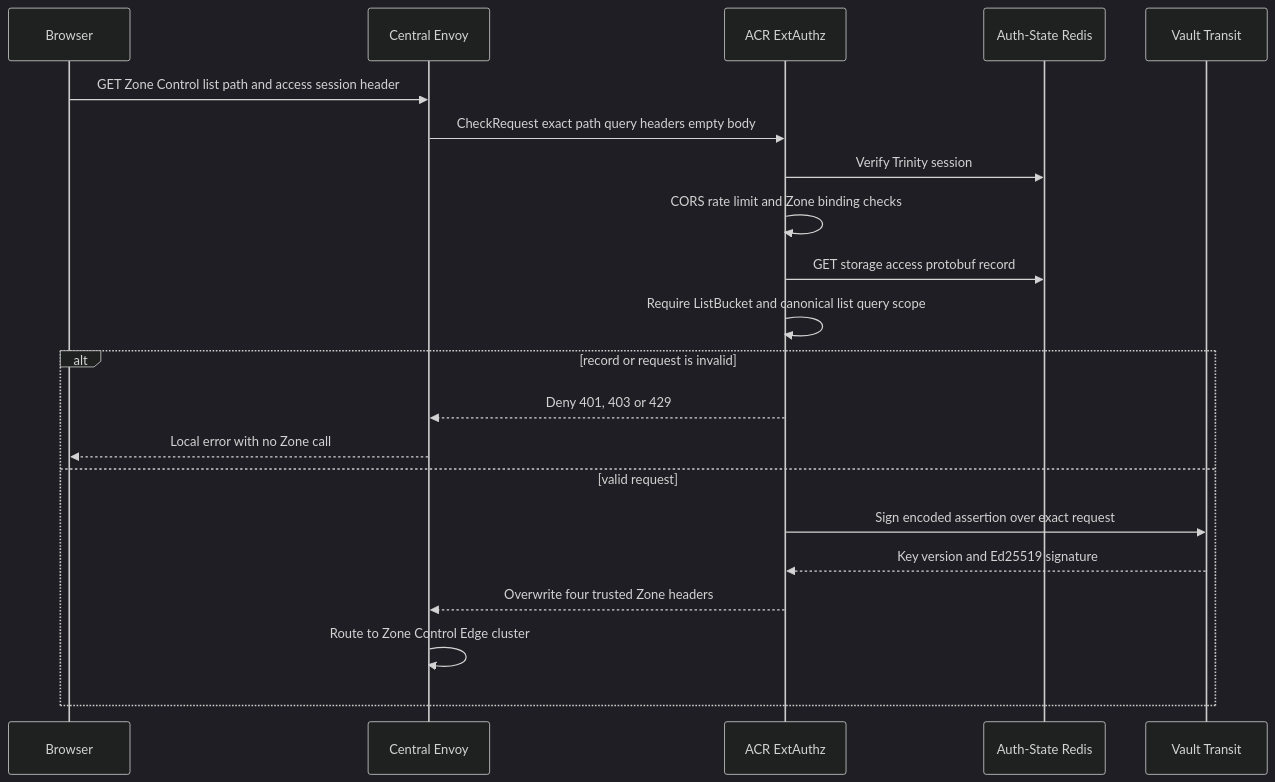
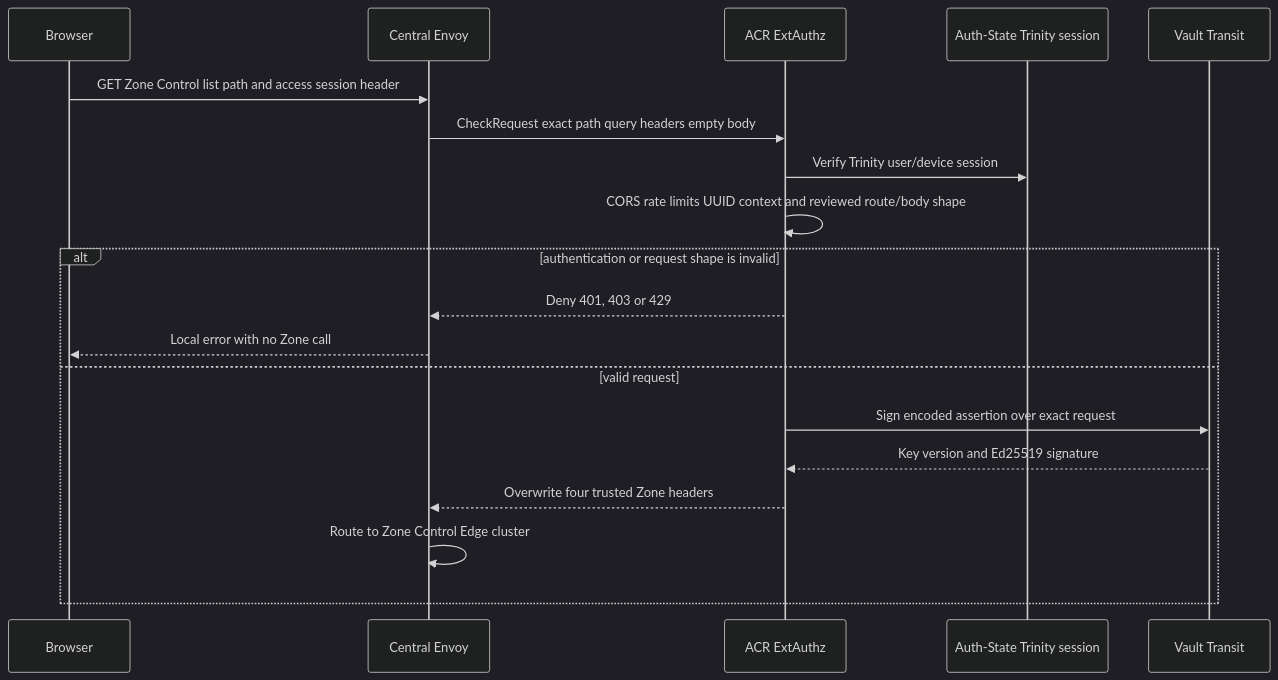
Before and after one commit to phucle996/aurora: the first of 3 diagrams in god_view/storage/personal_storage_object_list_god_view_workflow.md, drawn with Mermaid (dark theme). The commit also changed other lines of this file and 131 other files, not shown here.

````diff
--- a/god_view/storage/personal_storage_object_list_god_view_workflow.md
+++ b/god_view/storage/personal_storage_object_list_god_view_workflow.md
@@ -89,24 +88,22 @@
 ```mermaid
 sequenceDiagram
     participant B as Browser
     participant E as Central Envoy
     participant A as ACR ExtAuthz
-    participant AR as Auth-State Redis
+    participant AR as Auth-State Trinity session
     participant V as Vault Transit
 
     B->>E: GET Zone Control list path and access session header
     E->>A: CheckRequest exact path query headers empty body
-    A->>AR: Verify Trinity session
-    A->>A: CORS rate limit and Zone binding checks
-    A->>AR: GET storage access protobuf record
-    A->>A: Require ListBucket and canonical list query scope
-    alt record or request is invalid
+    A->>AR: Verify Trinity user/device session
+    A->>A: CORS rate limits UUID context and reviewed route/body shape
+    alt authentication or request shape is invalid
         A-->>E: Deny 401, 403 or 429
         E-->>B: Local error with no Zone call
     else valid request
         A->>V: Sign encoded assertion over exact request
         V-->>A: Key version and Ed25519 signature
         A-->>E: Overwrite four trusted Zone headers
         E->>E: Route to Zone Control Edge cluster
     end
 ```
````
